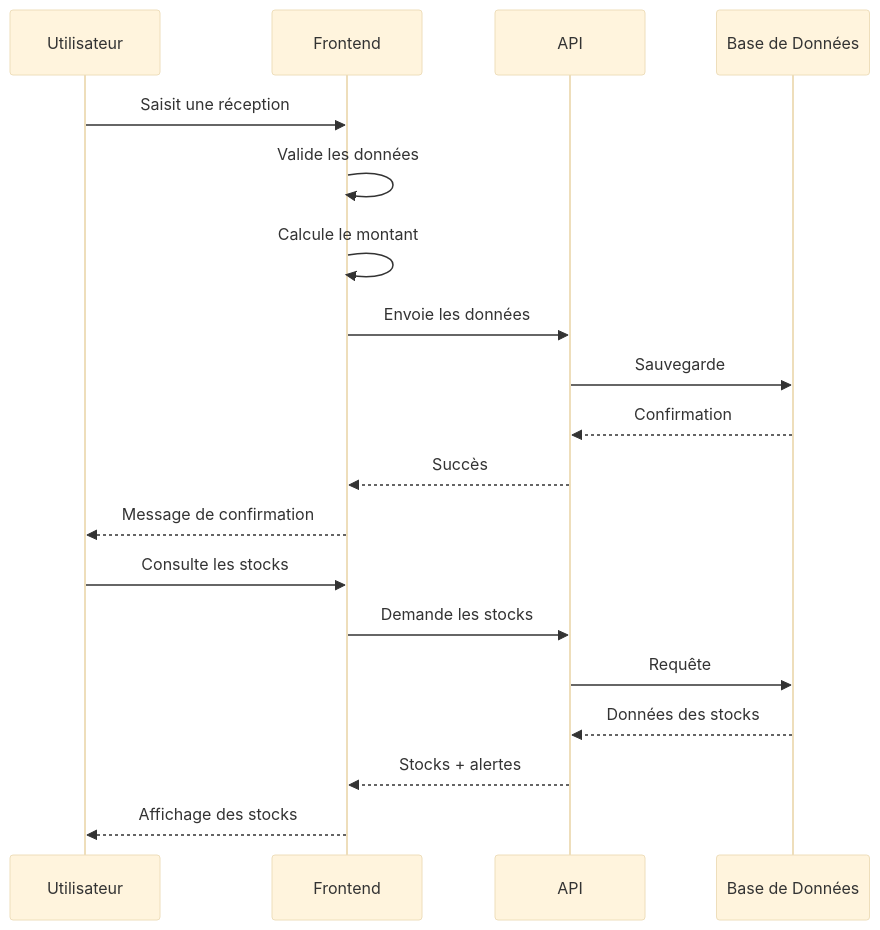
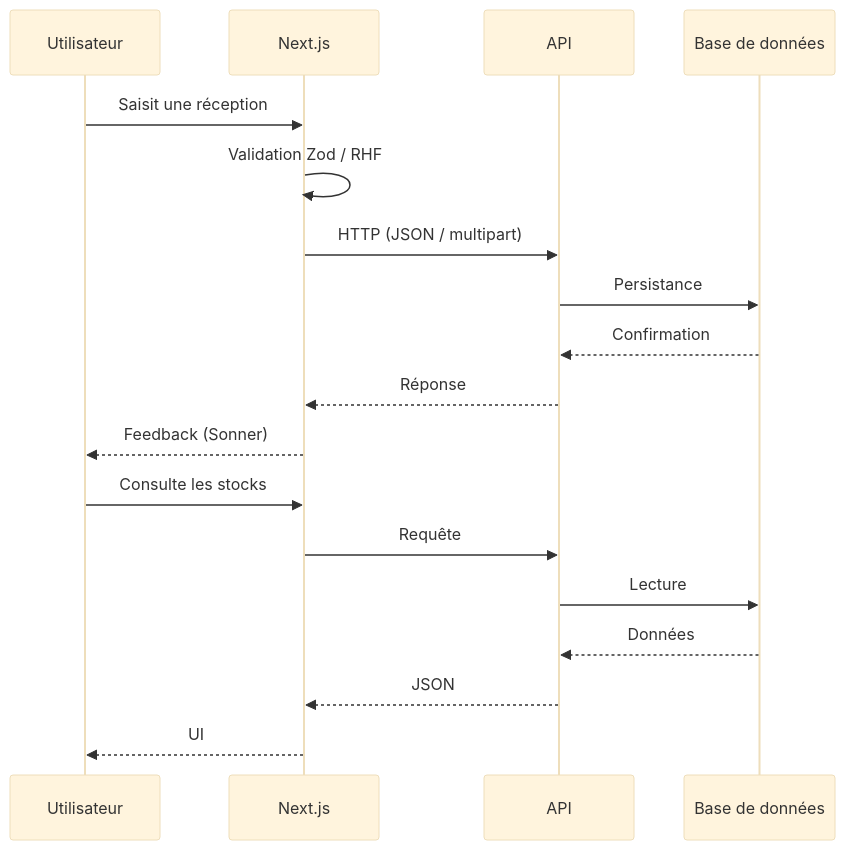
Before and after one commit to inno1000/MeatMaster-frontend: the third of 3 diagrams in ARCHITECTURE.md, drawn with Mermaid (base theme). The commit also changed other lines of this file and 161 other files, not shown here.

````diff
--- a/ARCHITECTURE.md
+++ b/ARCHITECTURE.md
@@ -108,23 +102,22 @@
 ```mermaid
 sequenceDiagram
     participant U as Utilisateur
-    participant F as Frontend
+    participant F as Next.js
     participant A as API
-    participant D as Base de Données
-    
+    participant D as Base de données
+
     U->>F: Saisit une réception
-    F->>F: Valide les données
-    F->>F: Calcule le montant
-    F->>A: Envoie les données
-    A->>D: Sauvegarde
+    F->>F: Validation Zod / RHF
+    F->>A: HTTP (JSON / multipart)
+    A->>D: Persistance
     D-->>A: Confirmation
-    A-->>F: Succès
-    F-->>U: Message de confirmation
-    
+    A-->>F: Réponse
+    F-->>U: Feedback (Sonner)
+
     U->>F: Consulte les stocks
-    F->>A: Demande les stocks
-    A->>D: Requête
-    D-->>A: Données des stocks
-    A-->>F: Stocks + alertes
-    F-->>U: Affichage des stocks
+    F->>A: Requête
+    A->>D: Lecture
+    D-->>A: Données
+    A-->>F: JSON
+    F-->>U: UI
 ```
````
